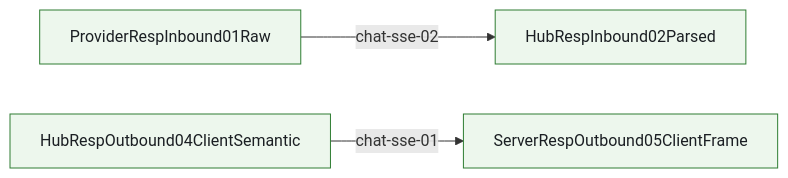
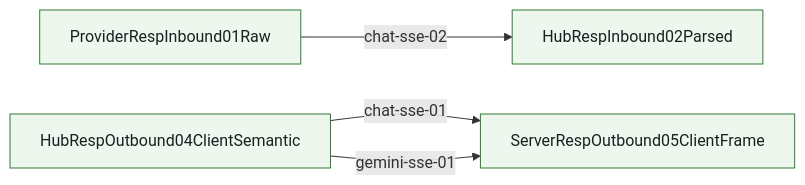
One commit to Jasonzhangf/routecodex changed diagram 13 of 13 in docs/architecture/wiki/mainline-call-graph.md. Above: the diagram before and after it, drawn with Mermaid. The commit also changed other lines of this file and 11 other files, not shown here.

````diff
--- a/docs/architecture/wiki/mainline-call-graph.md
+++ b/docs/architecture/wiki/mainline-call-graph.md
@@ -528,16 +528,17 @@
 ```mermaid
 flowchart LR
   HubRespInbound02Parsed["HubRespInbound02Parsed"]
   ProviderRespInbound01Raw["ProviderRespInbound01Raw"]
   ServerRespOutbound05ClientFrame["ServerRespOutbound05ClientFrame"]
   HubRespOutbound04ClientSemantic["HubRespOutbound04ClientSemantic"]
   HubRespOutbound04ClientSemantic -->|chat-sse-01| ServerRespOutbound05ClientFrame
   ProviderRespInbound01Raw -->|chat-sse-02| HubRespInbound02Parsed
+  HubRespOutbound04ClientSemantic -->|gemini-sse-01| ServerRespOutbound05ClientFrame
   classDef anchored fill:#edf7ed,stroke:#2e7d32,stroke-width:1px,color:#1b1f23;
   classDef partial fill:#fff7e6,stroke:#b26a00,stroke-width:1px,color:#1b1f23;
   classDef pending fill:#f4f4f5,stroke:#6b7280,stroke-width:1px,stroke-dasharray: 5 5,color:#1b1f23;
   class HubRespOutbound04ClientSemantic anchored;
   class ServerRespOutbound05ClientFrame anchored;
   class ProviderRespInbound01Raw anchored;
   class HubRespInbound02Parsed anchored;
 ```
````
